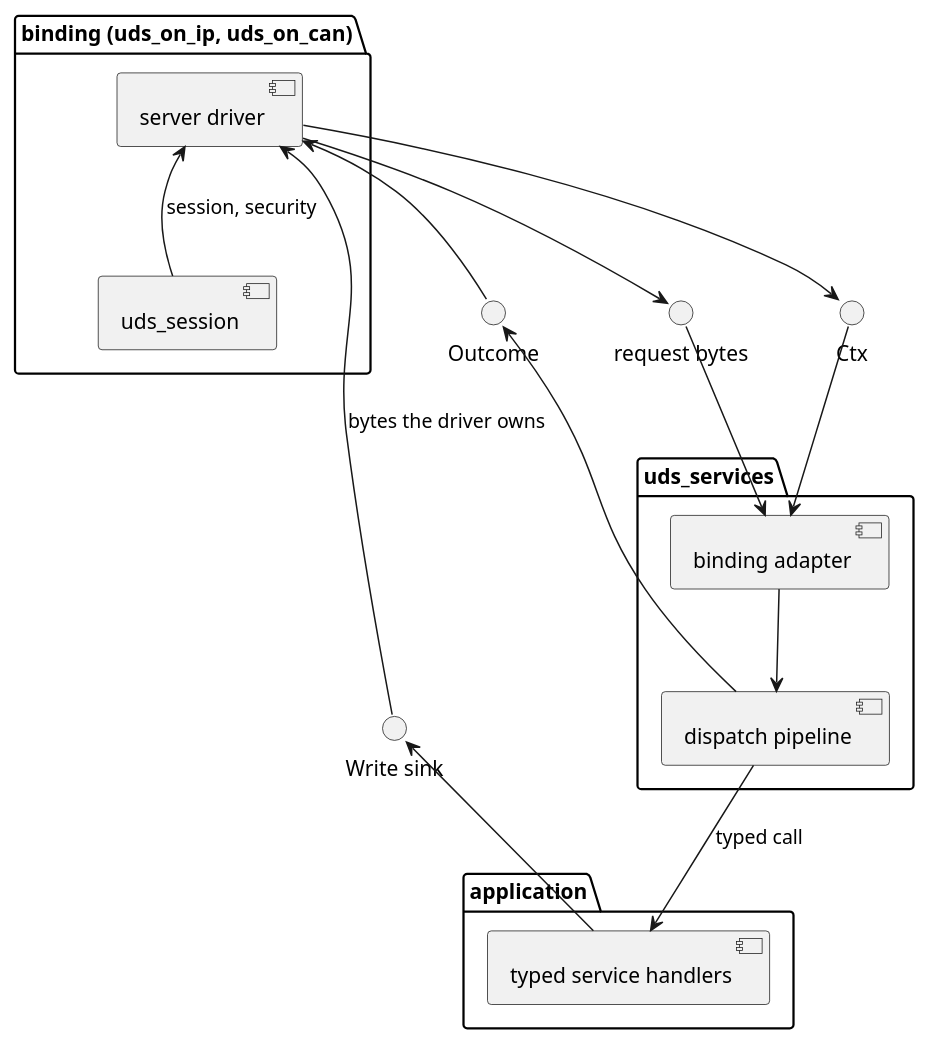
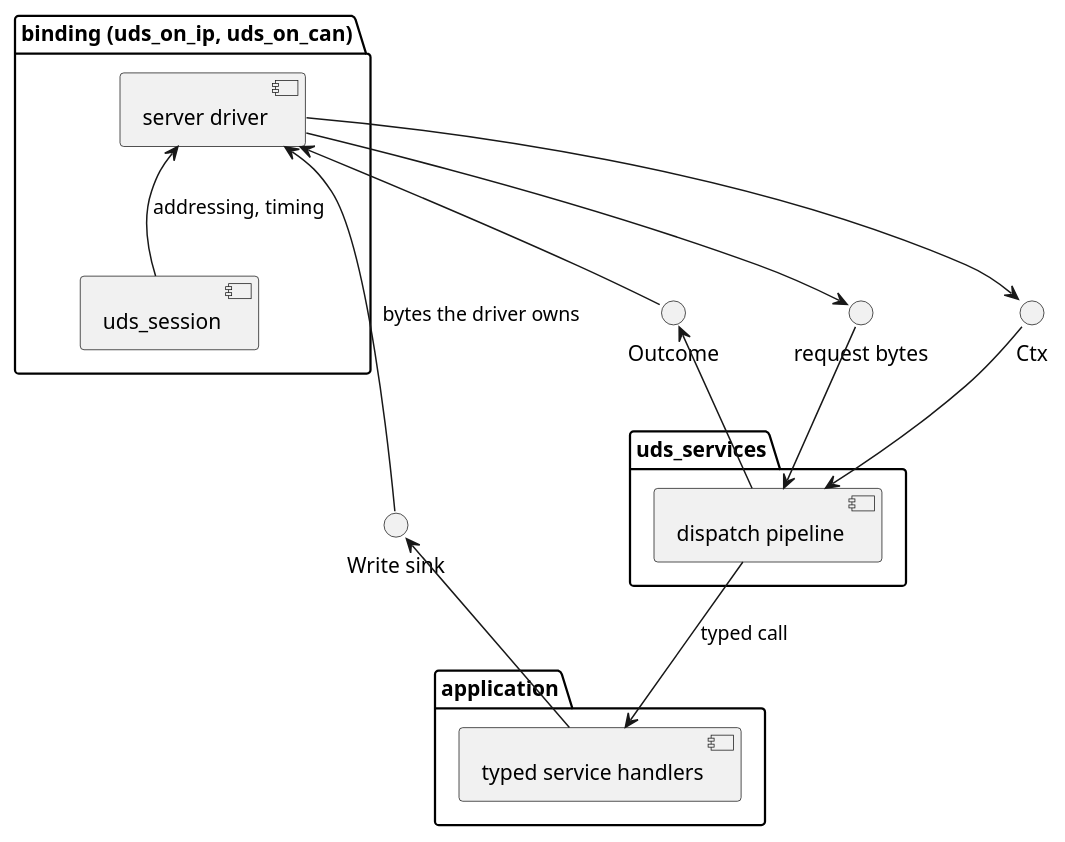
The diagram in crates/uds_services/docs/architecture/seams.rst (luminartech/uds_stack), drawn with PlantUML before and after one commit. The commit also changed other lines of this file and 2 other files, not shown here.

First line of the commit message:
docs: move the seams to uds_session and drop the binding dependency

```diff
--- a/crates/uds_services/docs/architecture/seams.rst
+++ b/crates/uds_services/docs/architecture/seams.rst
@@ -21,37 +22,35 @@
 .. uml::
    :align: center
-   :caption: The four seams declared elsewhere and implemented here. The two this
-             crate declares are below.
+   :caption: The server-side seams. Every trait on this diagram is declared by
+             ``uds_session``; the sink is ``automotive-wire-codec``'s.
 
    @startuml
    package "binding (uds_on_ip, uds_on_can)" {
      [server driver] as DRV
      [uds_session] as SESS
    }
 
    package "uds_services" {
      [dispatch pipeline] as PIPE
-     [binding adapter] as AD
    }
 
    package "application" {
      [typed service handlers] as APPH
    }
 
    interface "request bytes" as BYTES
    interface "Ctx" as CTX
    interface "Outcome" as OUT
    interface "Write sink" as SINK
 
    DRV -down-> BYTES
-   BYTES -down-> AD
+   BYTES -down-> PIPE
    DRV -down-> CTX
-   SESS -up-> DRV : session, security
-   CTX -down-> AD
-   AD -down-> PIPE
+   SESS -up-> DRV : addressing, timing
+   CTX -down-> PIPE
    PIPE -up-> OUT
    OUT -up-> DRV
    PIPE -down-> APPH : typed call
    APPH -up-> SINK
    SINK -up-> DRV : bytes the driver owns
    @enduml
```
